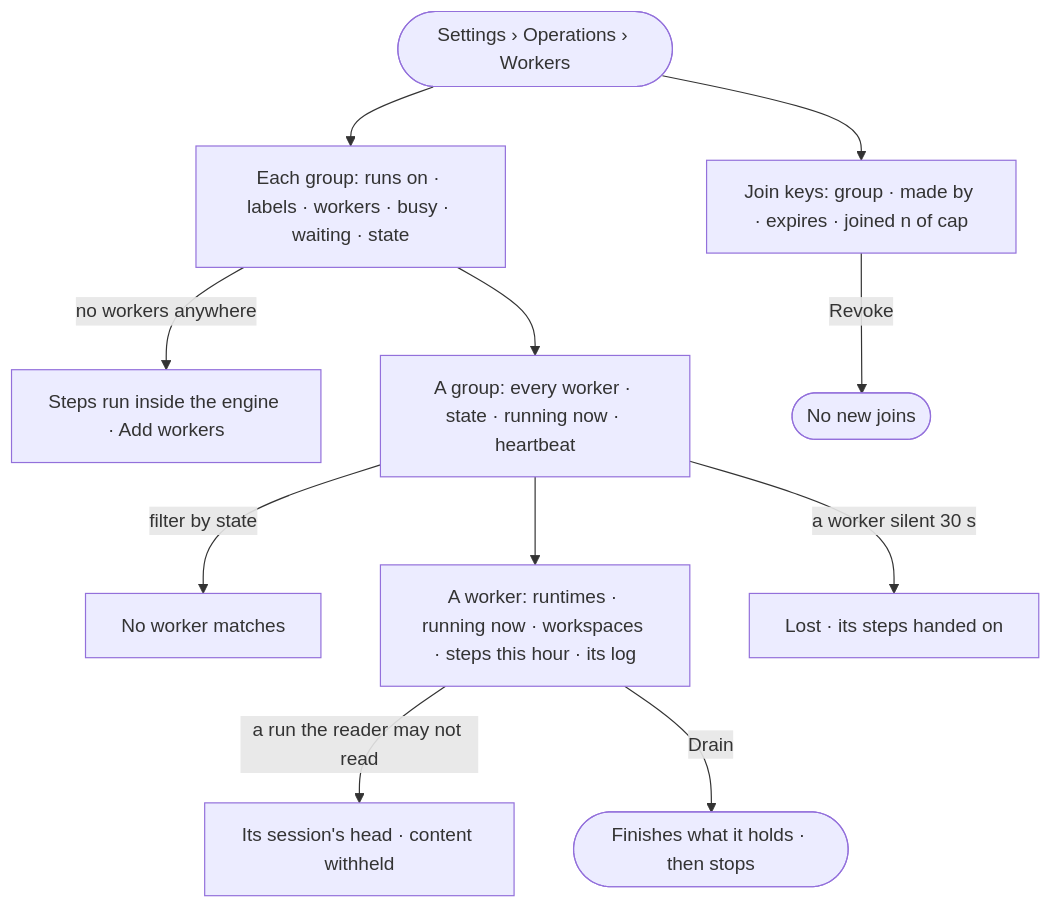
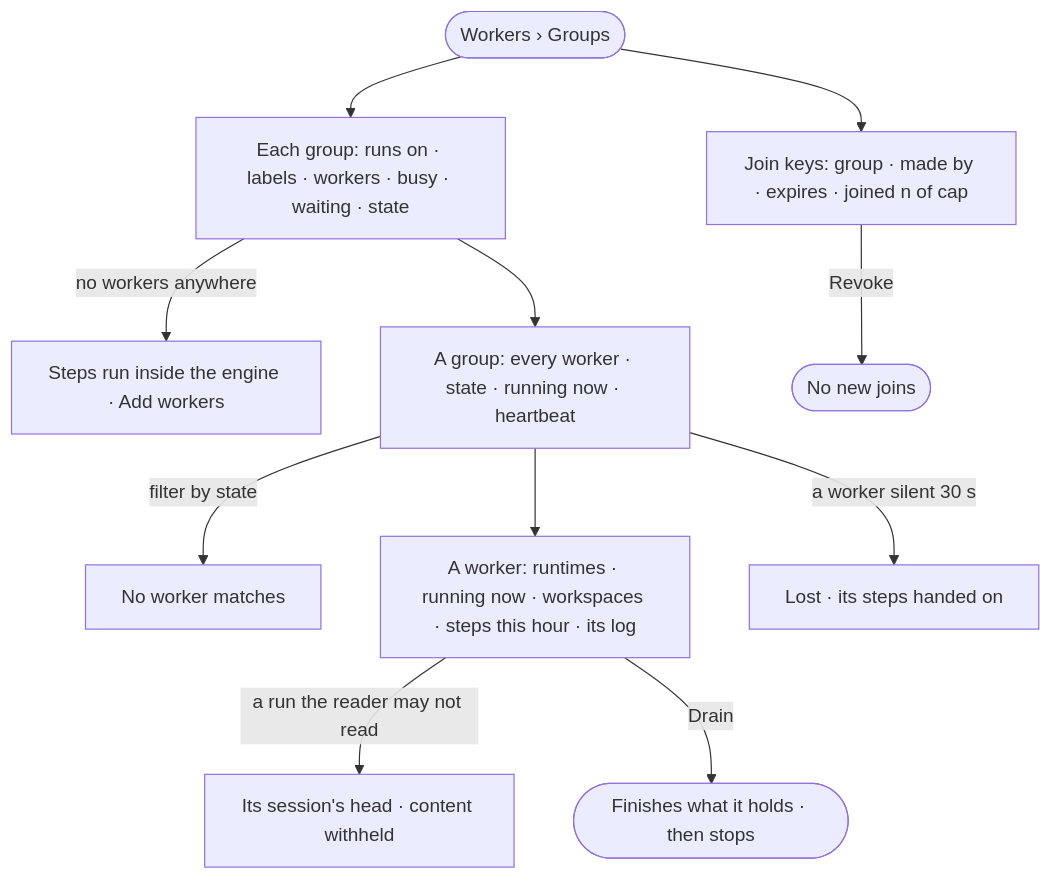
Before and after one commit to invana/invana: the diagram in specs/os/control/features/CP-F03-workers-and-the-queue/stories/CP-09-see-every-worker-and-what-it-is-running/story.md, drawn with Mermaid. The commit also changed 133 other files, not shown here.

````diff
--- a/specs/os/control/features/CP-F03-workers-and-the-queue/stories/CP-09-see-every-worker-and-what-it-is-running/story.md
+++ b/specs/os/control/features/CP-F03-workers-and-the-queue/stories/CP-09-see-every-worker-and-what-it-is-running/story.md
@@ -26,13 +26,13 @@
 ```mermaid
 flowchart TD
-  s([Settings › Operations › Workers]) --> g["Each group: runs on · labels · workers · busy · waiting · state"]
+  s([Workers › Groups]) --> g["Each group: runs on · labels · workers · busy · waiting · state"]
   g -->|no workers anywhere| nw["Steps run inside the engine · Add workers"]
   g --> grp["A group: every worker · state · running now · heartbeat"]
   grp -->|filter by state| f["No worker matches"]
   grp --> w["A worker: runtimes · running now · workspaces · steps this hour · its log"]
   w -->|a run the reader may not read| wh["Its session's head · content withheld"]
   w -->|Drain| d(["Finishes what it holds · then stops"])
   grp -->|a worker silent 30 s| lost["Lost · its steps handed on"]
   s --> keys["Join keys: group · made by · expires · joined n of cap"]
   keys -->|Revoke| rv(["No new joins"])
 ```
````
